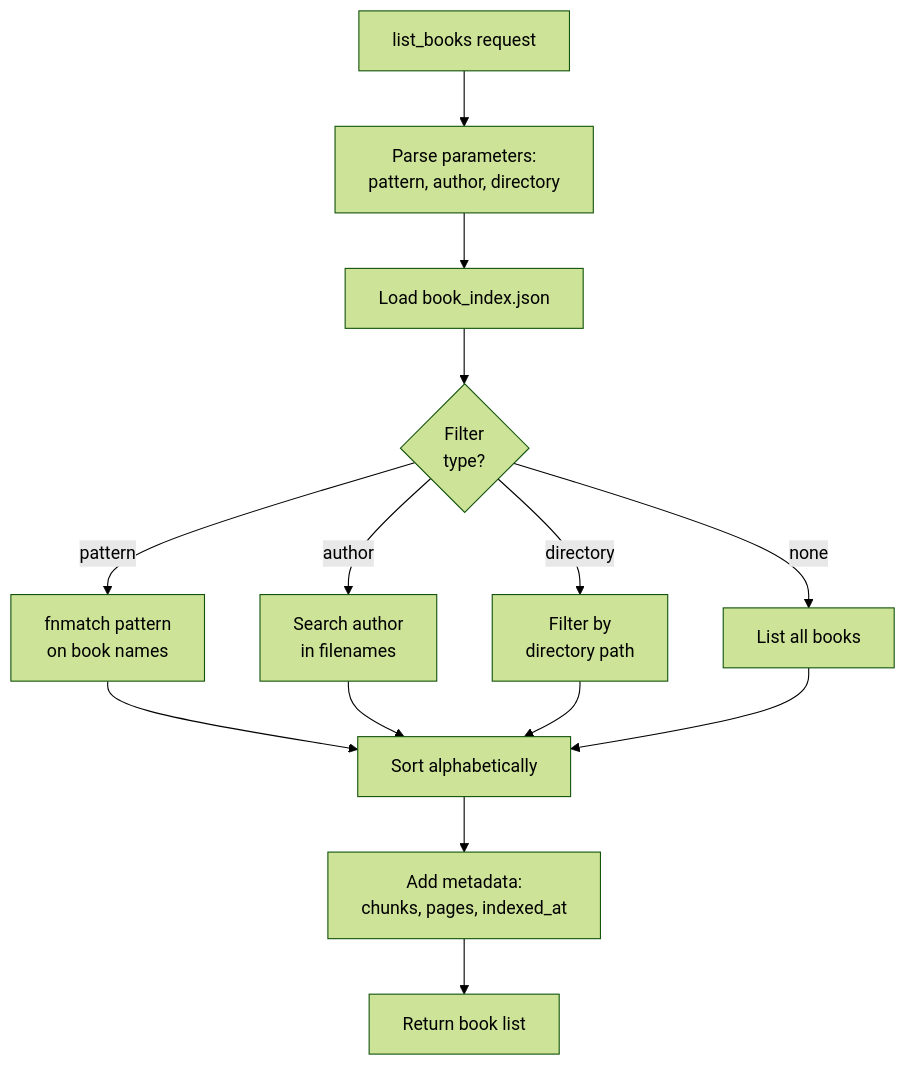
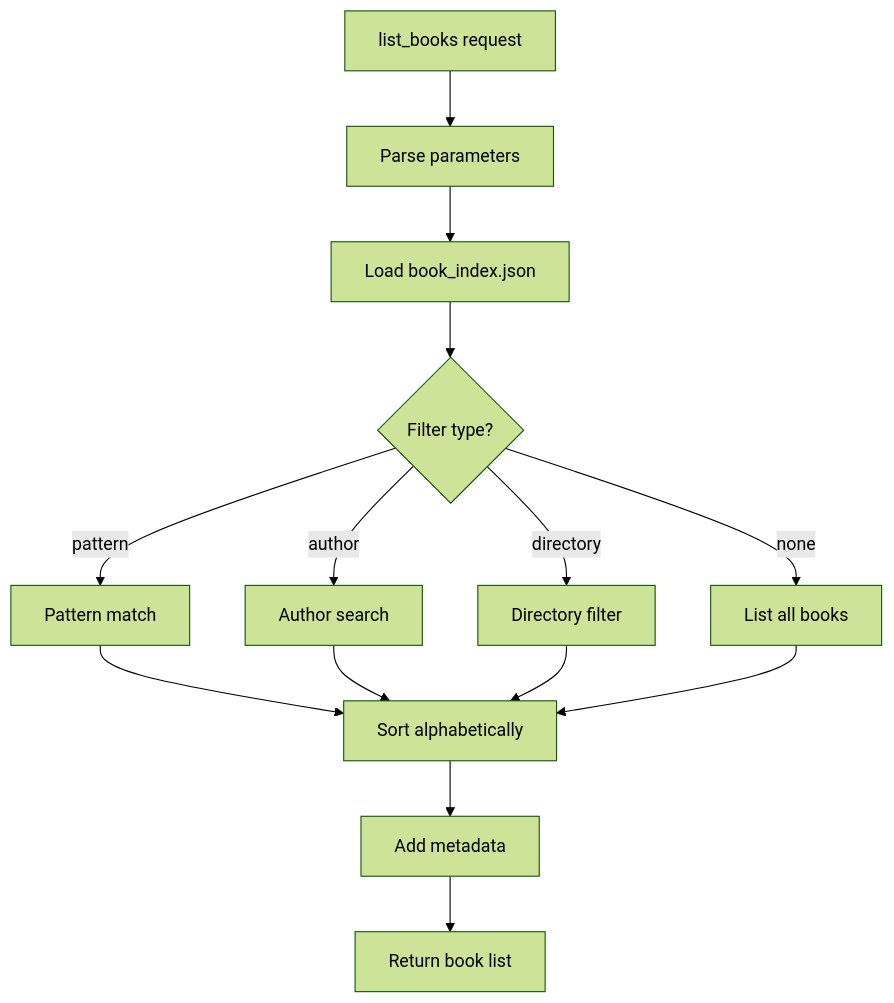
Before and after one commit to hpoliset/PersonalDocLibraryRAGMCP: the sixth of 22 diagrams in docs/ARCHITECTURE.md, drawn with Mermaid (forest theme). The commit also changed other lines of this file and 2 other files, not shown here.

First line of the commit message:
Update documentation with upgrade instructions and fix architecture diagrams

````diff
--- a/docs/ARCHITECTURE.md
+++ b/docs/ARCHITECTURE.md
@@ -233,16 +203,28 @@
 ```mermaid
-flowchart TD
-    START[list_books request] --> PARAMS[Parse parameters:<br/>pattern, author, directory]
-    PARAMS --> LOAD_INDEX[Load book_index.json]
-    LOAD_INDEX --> FILTER_TYPE{Filter<br/>type?}
-    FILTER_TYPE -->|pattern| PATTERN_MATCH[fnmatch pattern<br/>on book names]
-    FILTER_TYPE -->|author| AUTHOR_SEARCH[Search author<br/>in filenames]
-    FILTER_TYPE -->|directory| DIR_FILTER[Filter by<br/>directory path]
-    FILTER_TYPE -->|none| ALL_BOOKS[List all books]
-    PATTERN_MATCH --> SORT[Sort alphabetically]
+graph TD
+    START[list_books request]
+    PARAMS[Parse parameters]
+    LOAD_INDEX[Load book_index.json]
+    FILTER_TYPE{Filter type?}
+    PATTERN_MATCH[Pattern match]
+    AUTHOR_SEARCH[Author search]
+    DIR_FILTER[Directory filter]
+    ALL_BOOKS[List all books]
+    SORT[Sort alphabetically]
+    ENRICH[Add metadata]
+    RESPONSE[Return book list]
+
+    START --> PARAMS
+    PARAMS --> LOAD_INDEX
+    LOAD_INDEX --> FILTER_TYPE
+    FILTER_TYPE -->|pattern| PATTERN_MATCH
+    FILTER_TYPE -->|author| AUTHOR_SEARCH
+    FILTER_TYPE -->|directory| DIR_FILTER
+    FILTER_TYPE -->|none| ALL_BOOKS
+    PATTERN_MATCH --> SORT
     AUTHOR_SEARCH --> SORT
     DIR_FILTER --> SORT
     ALL_BOOKS --> SORT
-    SORT --> ENRICH[Add metadata:<br/>chunks, pages, indexed_at]
-    ENRICH --> RESPONSE[Return book list]
+    SORT --> ENRICH
+    ENRICH --> RESPONSE
 ```
````
